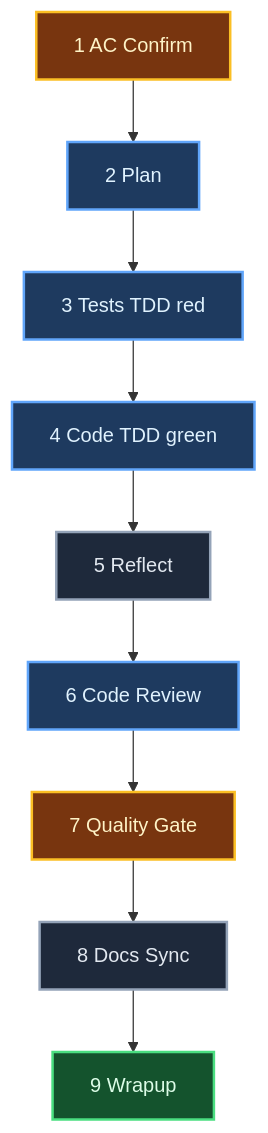
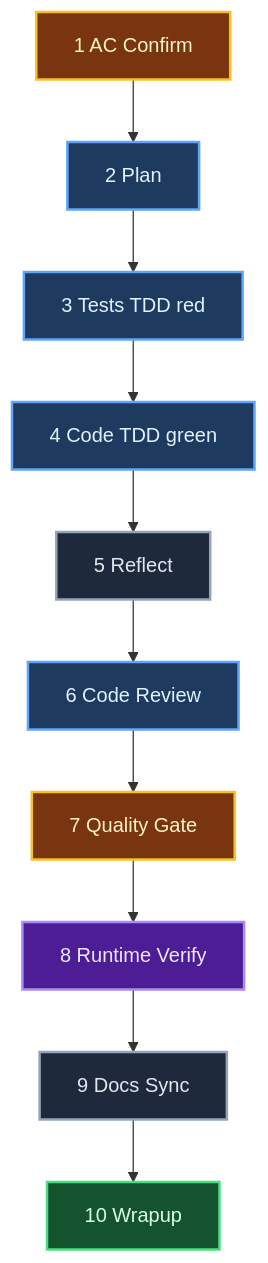
The first of 3 diagrams in README.md (icarloscornejo/doer), drawn with Mermaid before and after one commit. The commit also changed other lines of this file and 1 other file, not shown here.

Commit message:
feat: add Stage 8 Runtime Verify for on-device behavior validation
Unit tests pass != the feature works on device. New Stage 8 injects
dense temporary println debug logs across the diff + call path,
commits them temporarily, hands off to the dev for manual AC
exercise, analyzes the filtered log output, and either approves or
returns to an earlier stage with concrete findings.

Key properties:
- Log tag: 'DOER - <TICKET-ID>' (unique, grep-safe for cleanup)
- Scope: files in diff + call path exercised by ACs
- Logs NEVER reach final branch (git revert of the temp commit)
- Skippable when ticket has no runtime surface (pure helpers, config)
- Analyzer agent classifies each AC PASS/FAIL/NOT_EXERCISED and
  recommends next stage to return to

Stage renumbering: 8 docs -> 9, 9 wrapup -> 10. Pipeline now has
10 stages total.

````diff
--- a/README.md
+++ b/README.md
@@ -13,16 +13,18 @@
 ```mermaid
 flowchart TD
     A[1 AC Confirm]:::gate --> B[2 Plan]:::loop
     B --> C[3 Tests TDD red]:::loop
     C --> D[4 Code TDD green]:::loop
     D --> E[5 Reflect]:::plain
     E --> F[6 Code Review]:::loop
     F --> G[7 Quality Gate]:::gate
-    G --> H[8 Docs Sync]:::plain
-    H --> I[9 Wrapup]:::final
+    G --> H[8 Runtime Verify]:::runtime
+    H --> I[9 Docs Sync]:::plain
+    I --> J[10 Wrapup]:::final
 
     classDef loop fill:#1e3a5f,stroke:#60a5fa,stroke-width:2px,color:#e0f2fe
     classDef gate fill:#78350f,stroke:#fbbf24,stroke-width:2px,color:#fef3c7
     classDef final fill:#14532d,stroke:#4ade80,stroke-width:2px,color:#dcfce7
     classDef plain fill:#1e293b,stroke:#94a3b8,stroke-width:2px,color:#e2e8f0
+    classDef runtime fill:#4c1d95,stroke:#a78bfa,stroke-width:2px,color:#ede9fe
 ```
````
